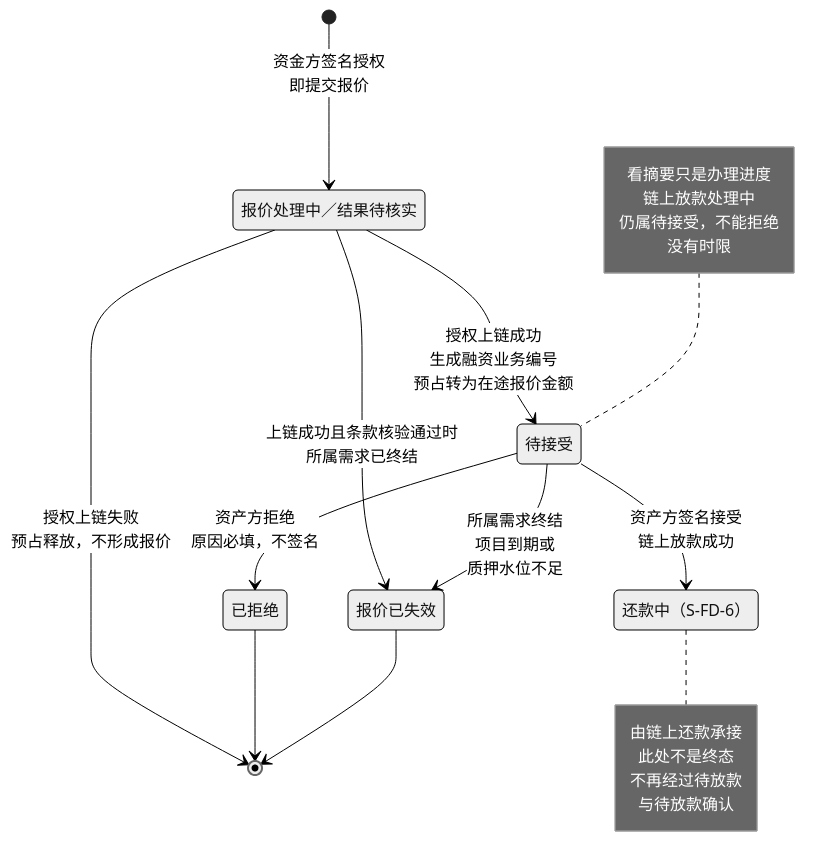
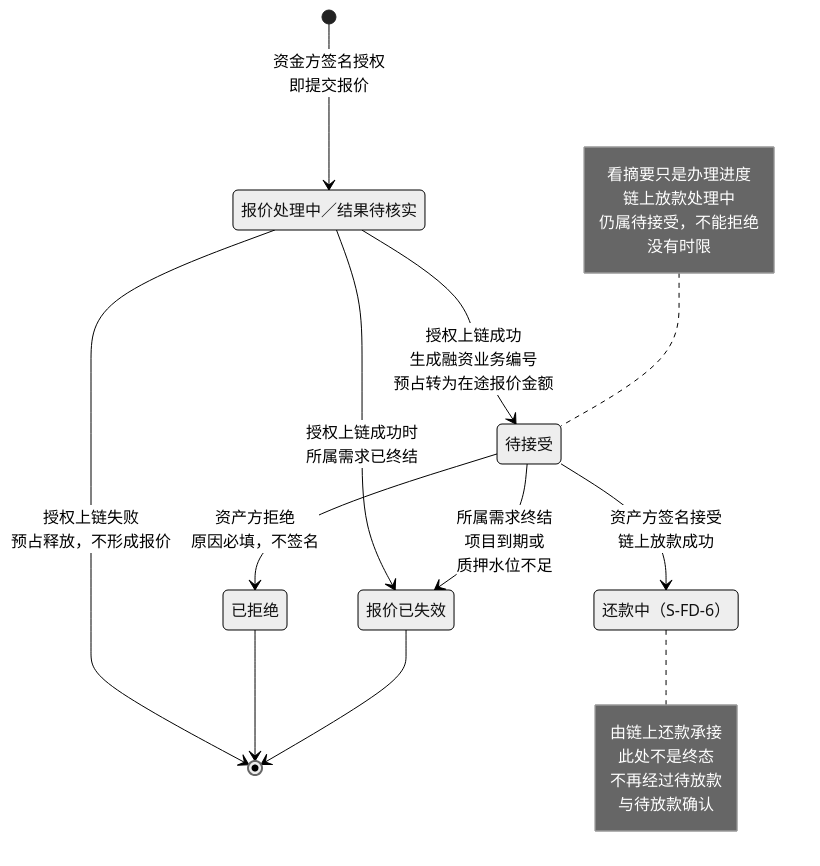
The eighth of 10 diagrams in lending-platform/PRD/面客端/06-借贷广场-授信报价与接受拒绝/02-授信报价与接受拒绝-流程图与状态机.md (wxblockchain/Chain-Financing), drawn with Mermaid (neutral theme) before and after one commit. The commit also changed other lines of this file and 49 other files, not shown here.

````diff
--- a/lending-platform/PRD/面客端/06-借贷广场-授信报价与接受拒绝/02-授信报价与接受拒绝-流程图与状态机.md
+++ b/lending-platform/PRD/面客端/06-借贷广场-授信报价与接受拒绝/02-授信报价与接受拒绝-流程图与状态机.md
@@ -231,29 +231,29 @@
 ```mermaid
 stateDiagram-v2
   state "报价处理中／结果待核实" as PENDING
   state "待接受" as WAIT
   state "已拒绝" as REJECTED
   state "报价已失效" as EXPIRED
   state "还款中（S-FD-6）" as FUNDING
   [*] --> PENDING: 资金方签名授权<br/>即提交报价
   PENDING --> [*]: 授权上链失败<br/>预占释放，不形成报价
   PENDING --> WAIT: 授权上链成功<br/>生成融资业务编号<br/>预占转为在途报价金额
-  PENDING --> EXPIRED: 上链成功且条款核验通过时<br/>所属需求已终结
+  PENDING --> EXPIRED: 授权上链成功时<br/>所属需求已终结
   WAIT --> REJECTED: 资产方拒绝<br/>原因必填，不签名
   WAIT --> EXPIRED: 所属需求终结<br/>项目到期或<br/>质押水位不足
   WAIT --> FUNDING: 资产方签名接受<br/>链上放款成功
   REJECTED --> [*]
   EXPIRED --> [*]
   note left of WAIT
     看摘要只是办理进度
     链上放款处理中
     仍属待接受，不能拒绝
     没有时限
   end note
   note right of FUNDING
     由链上还款承接
     此处不是终态
     不再经过待放款
     与待放款确认
   end note
 ```
````
